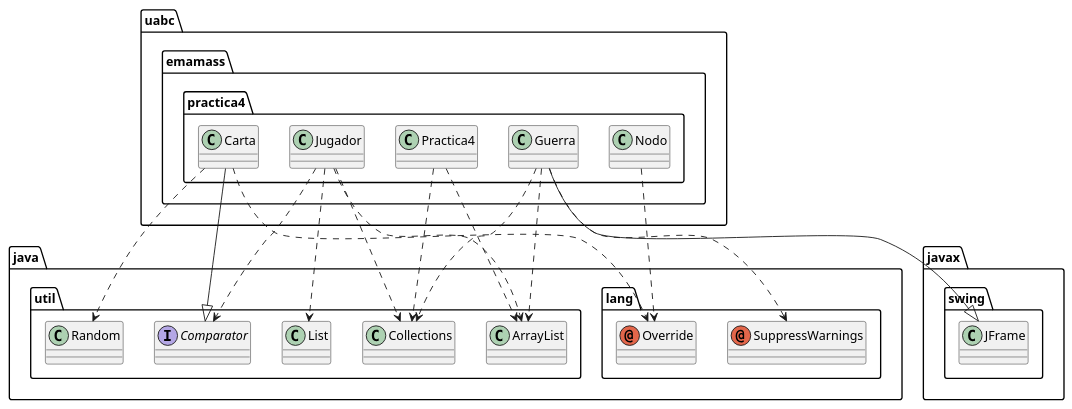
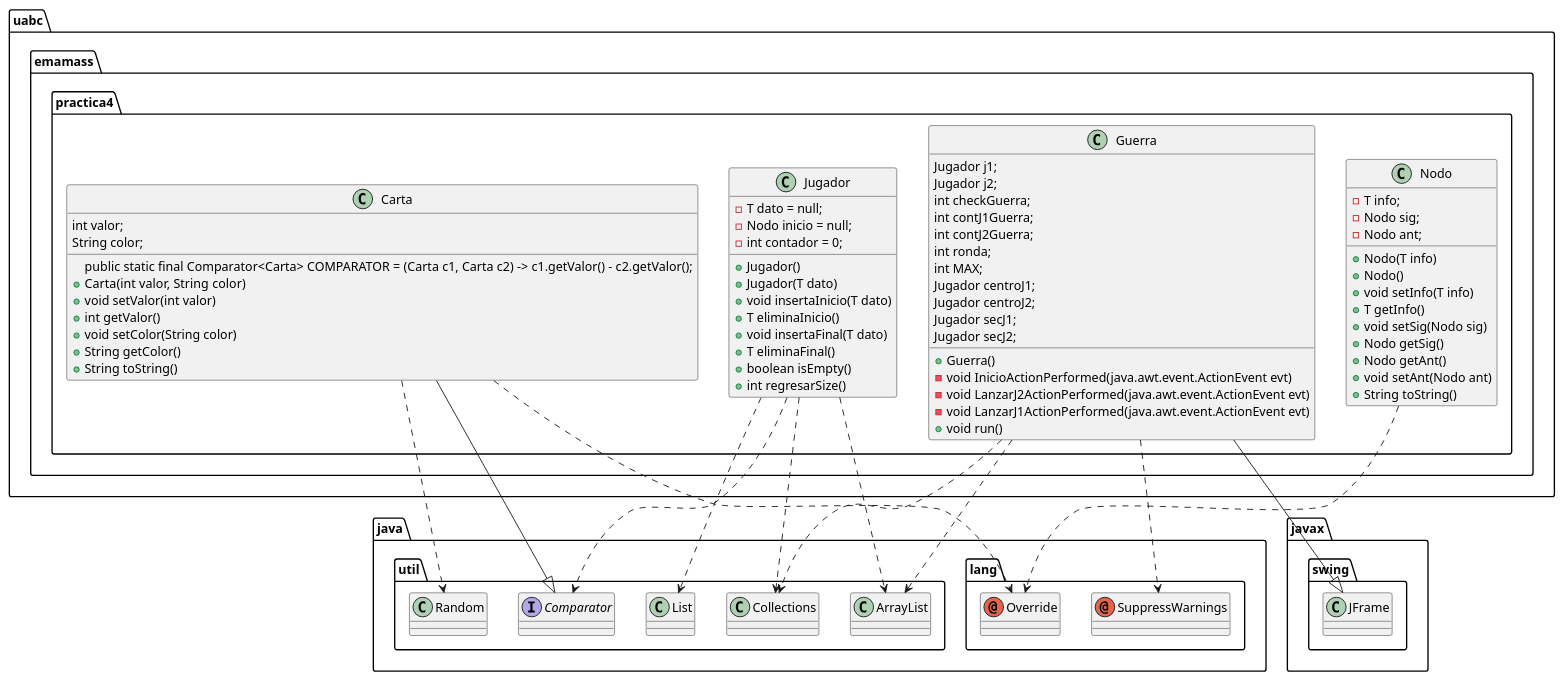
The diagram in DiagramaClases.puml (EmaMass/Practica4_Algoritmos), drawn with PlantUML before and after one commit. The commit also changed 2 other files, not shown here.

Commit message:
Version Final
Diagrama Completo

```diff
--- a/DiagramaClases.puml
+++ b/DiagramaClases.puml
@@ -1,29 +1,78 @@
 @startuml
 annotation java.lang.Override
 annotation java.lang.SuppressWarnings
 class java.util.ArrayList
 class java.util.Collections
 class java.util.List
 class java.util.Random
 class javax.swing.JFrame
-class uabc.emamass.practica4.Carta
-class uabc.emamass.practica4.Guerra
-class uabc.emamass.practica4.Jugador
-class uabc.emamass.practica4.Nodo
-class uabc.emamass.practica4.Practica4
+class uabc.emamass.practica4.Carta{
+    int valor;
+    String color;
+    public static final Comparator<Carta> COMPARATOR = (Carta c1, Carta c2) -> c1.getValor() - c2.getValor();
+    +Carta(int valor, String color)
+    +void setValor(int valor)
+    +int getValor()
+    +void setColor(String color)
+    +String getColor()
+    +String toString()
+}
+class uabc.emamass.practica4.Guerra{
+    Jugador j1;
+    Jugador j2;
+    int checkGuerra;
+    int contJ1Guerra;
+    int contJ2Guerra;
+    int ronda;
+    int MAX;
+    Jugador centroJ1;
+    Jugador centroJ2;
+    Jugador secJ1;
+    Jugador secJ2;
+    +Guerra()
+    -void InicioActionPerformed(java.awt.event.ActionEvent evt)
+    -void LanzarJ2ActionPerformed(java.awt.event.ActionEvent evt)
+    -void LanzarJ1ActionPerformed(java.awt.event.ActionEvent evt)
+    +void run()
+}
+class uabc.emamass.practica4.Jugador{
+    -T dato = null;
+    -Nodo inicio = null;
+    -int contador = 0;
+    +Jugador()
+    +Jugador(T dato)
+    +void insertaInicio(T dato)
+    +T eliminaInicio()
+    +void insertaFinal(T dato)
+    +T eliminaFinal()
+    +boolean isEmpty()
+    +int regresarSize()
+}
+class uabc.emamass.practica4.Nodo{
+    -T info;
+    -Nodo sig;
+    -Nodo ant;
+    +Nodo(T info)
+    +Nodo()
+    +void setInfo(T info)
+    +T getInfo()
+    +void setSig(Nodo sig)
+    +Nodo getSig()
+    +Nodo getAnt()
+    +void setAnt(Nodo ant)
+    +String toString()
+}
 interface java.util.Comparator
 uabc.emamass.practica4.Carta ..> java.lang.Override
 uabc.emamass.practica4.Carta ..> java.util.Random
 uabc.emamass.practica4.Carta --|> java.util.Comparator
 uabc.emamass.practica4.Guerra ..> java.lang.SuppressWarnings
 uabc.emamass.practica4.Guerra ..> java.util.ArrayList
 uabc.emamass.practica4.Guerra ..> java.util.Collections
 uabc.emamass.practica4.Guerra --|> javax.swing.JFrame
 uabc.emamass.practica4.Jugador ..> java.util.ArrayList
 uabc.emamass.practica4.Jugador ..> java.util.Collections
 uabc.emamass.practica4.Jugador ..> java.util.List
 uabc.emamass.practica4.Jugador ..> java.util.Comparator
 uabc.emamass.practica4.Nodo ..> java.lang.Override
-uabc.emamass.practica4.Practica4 ..> java.util.ArrayList
-uabc.emamass.practica4.Practica4 ..> java.util.Collections
 @enduml
```
